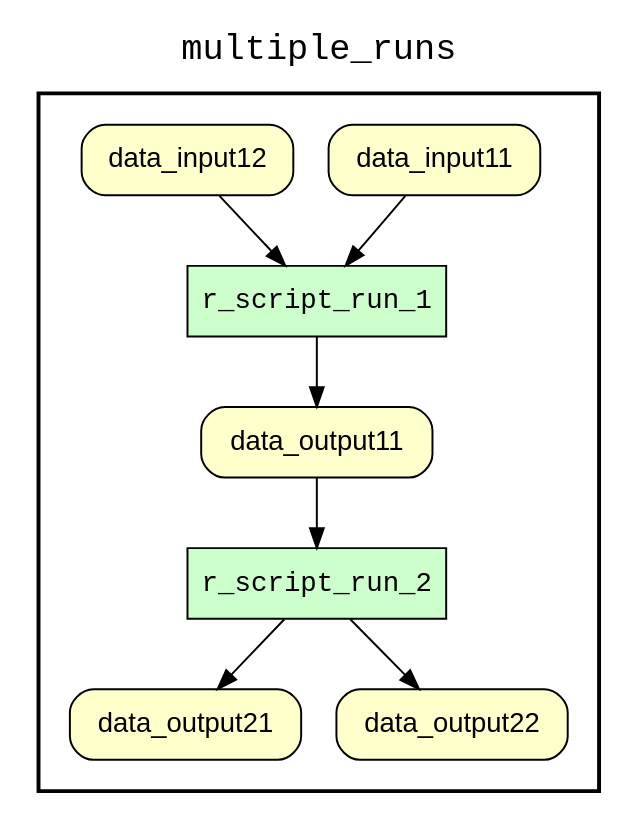
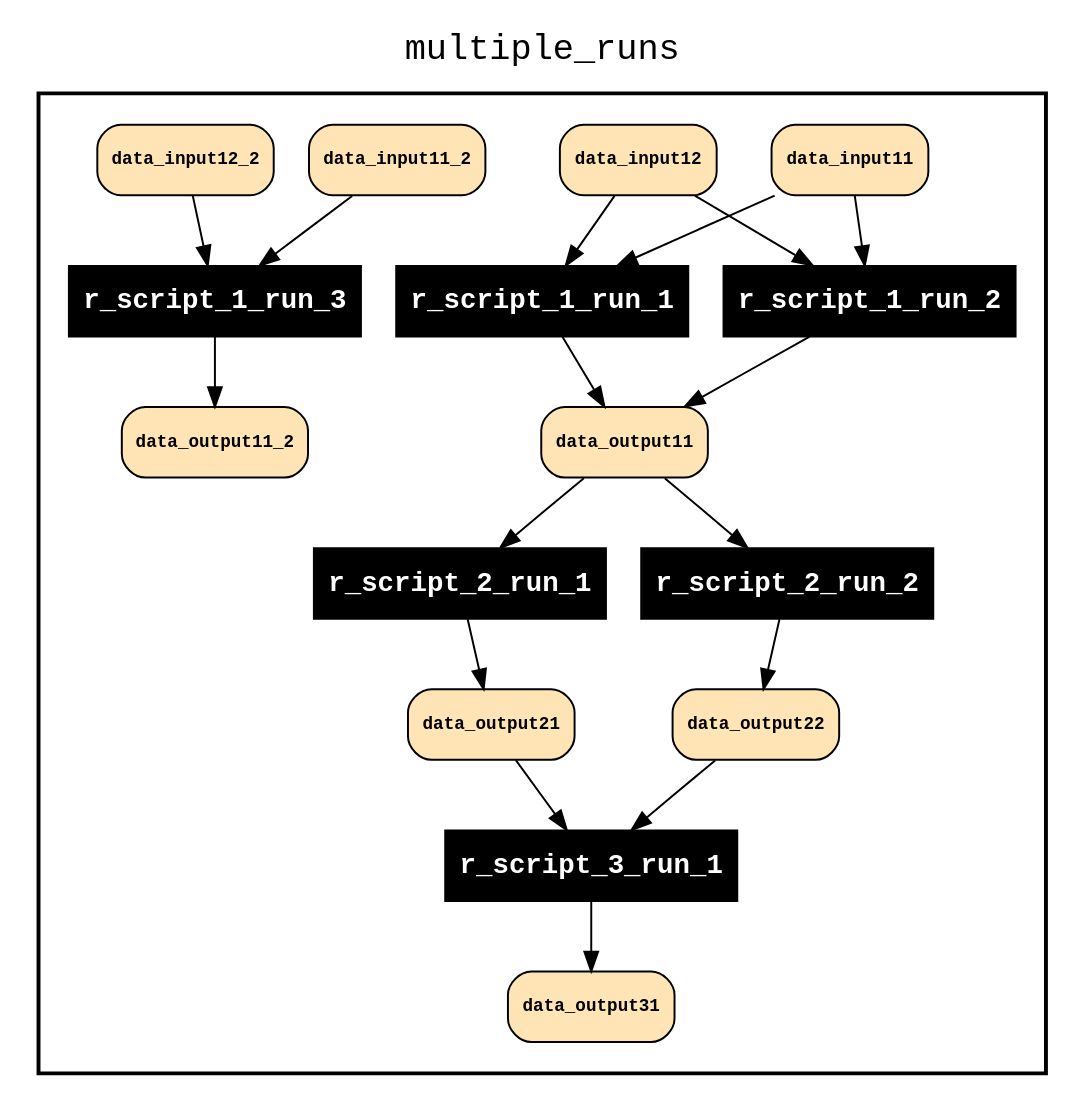
Before and after one commit to sycao5/runManager-multipleRuns: the diagram in results/complete_db_graph.gv, drawn with Graphviz. The commit also changed 8 other files, not shown here.

Commit message:
Change the stylesheet for the graph.

```diff
--- a/results/complete_db_graph.gv
+++ b/results/complete_db_graph.gv
@@ -1,25 +1,49 @@
 
 digraph rm_data_view {
 rankdir=TB
 fontname=Courier; fontsize=18; labelloc=t
 label="multiple_runs"
 subgraph cluster_workflow { label=""; color=black; penwidth=2
 subgraph cluster_workflow_inner { label=""; color=white
-node[shape=box style="filled" fillcolor="#CCFFCC" peripheries=1 fontname=Courier]
-r_script_run_1
-r_script_run_2
-node[shape=box style="rounded,filled" fillcolor="#FFFFCC" peripheries=1 fontname=Helvetica]
+node[shape=box style=filled fillcolor="black" peripheries=1 fontname="Courier-Bold" fontcolor=white]
+r_script_1_run_1
+r_script_2_run_1
+r_script_1_run_2
+r_script_2_run_2
+r_script_3_run_1
+r_script_1_run_3
+node[shape=box style="rounded,filled" fillcolor="#FFE4B5" peripheries=1 fontname="Courier-Bold" fontsize=9 fontcolor=black]
 data_input11
 data_input12
 data_output11
 data_output11
 data_output21
+data_input11
+data_input12
+data_output11
+data_output11
 data_output22
+data_output21
+data_output22
+data_output31
+data_input11_2
+data_input12_2
+data_output11_2
 }}
-data_input11 -> r_script_run_1
-data_input12 -> r_script_run_1
-data_output11 -> r_script_run_2
-r_script_run_1 -> data_output11
-r_script_run_2 -> data_output21
-r_script_run_2 -> data_output22
+data_input11 -> r_script_1_run_1
+data_input12 -> r_script_1_run_1
+data_output11 -> r_script_2_run_1
+data_input11 -> r_script_1_run_2
+data_input12 -> r_script_1_run_2
+data_output11 -> r_script_2_run_2
+data_output21 -> r_script_3_run_1
+data_output22 -> r_script_3_run_1
+data_input11_2 -> r_script_1_run_3
+data_input12_2 -> r_script_1_run_3
+r_script_1_run_1 -> data_output11
+r_script_2_run_1 -> data_output21
+r_script_1_run_2 -> data_output11
+r_script_2_run_2 -> data_output22
+r_script_3_run_1 -> data_output31
+r_script_1_run_3 -> data_output11_2
 }
```
